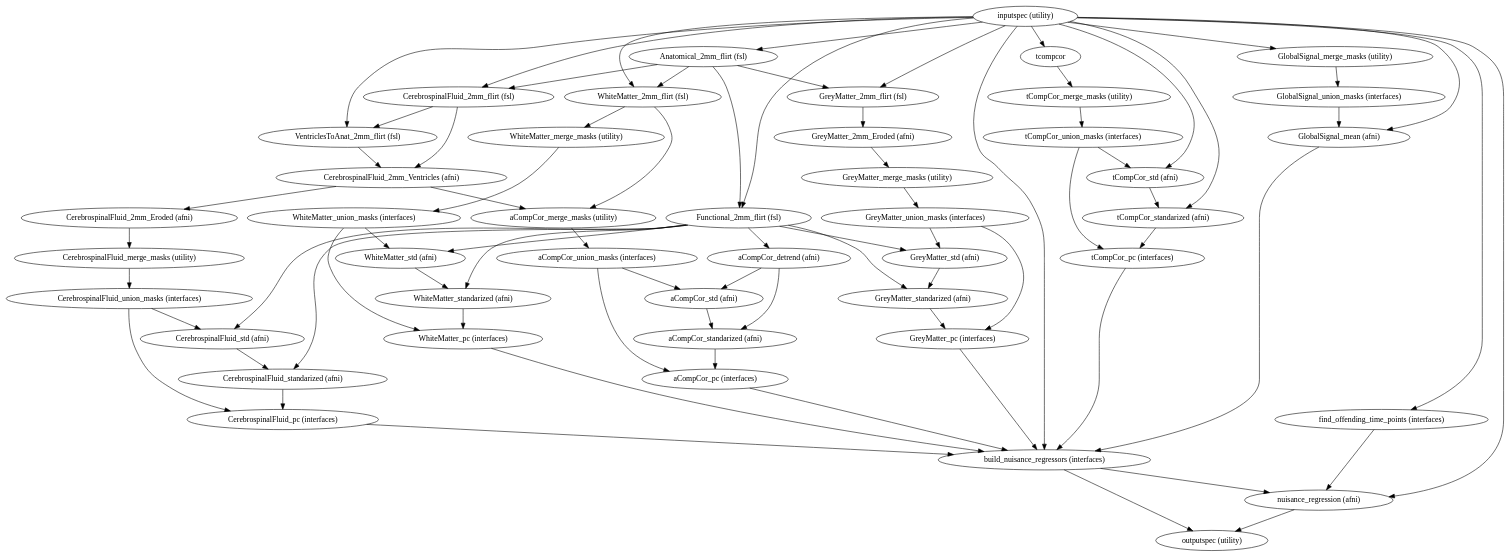
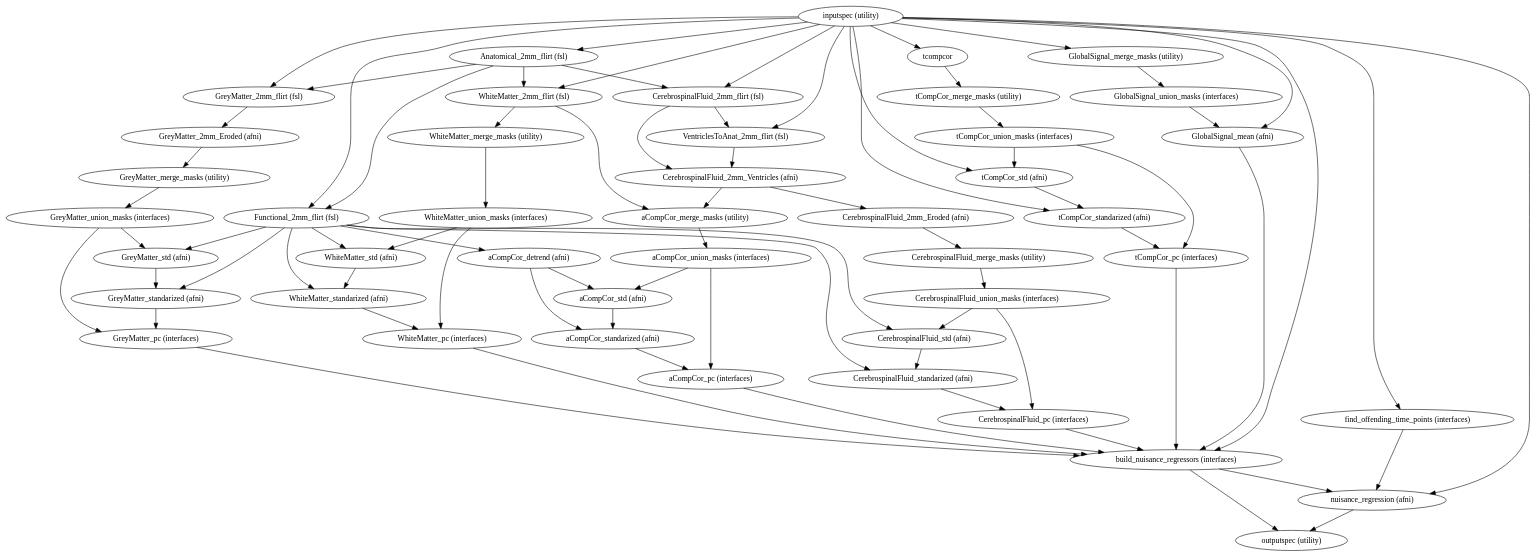
The diagram in docs/developer/workflows/images/generated/nuisance.dot (FCP-INDI/fcp-indi.github.io), drawn with Graphviz before and after one commit. The commit also changed other lines of this file and 47 other files, not shown here.

```diff
--- a/docs/developer/workflows/images/generated/nuisance.dot
+++ b/docs/developer/workflows/images/generated/nuisance.dot
@@ -1,121 +1,121 @@
 strict digraph "" {
 "GlobalSignal_union_masks (interfaces)";
 "tCompCor_merge_masks (utility)";
 "CerebrospinalFluid_pc (interfaces)";
 "CerebrospinalFluid_2mm_Eroded (afni)";
 "Anatomical_2mm_flirt (fsl)";
 "inputspec (utility)";
 "GreyMatter_standarized (afni)";
 "aCompCor_detrend (afni)";
 "aCompCor_union_masks (interfaces)";
 "tCompCor_std (afni)";
 "GreyMatter_pc (interfaces)";
-"GreyMatter_union_masks (interfaces)";
 "WhiteMatter_standarized (afni)";
+"find_offending_time_points (interfaces)";
 "CerebrospinalFluid_std (afni)";
 "WhiteMatter_pc (interfaces)";
 "CerebrospinalFluid_union_masks (interfaces)";
 "aCompCor_merge_masks (utility)";
 "GreyMatter_2mm_flirt (fsl)";
 "GlobalSignal_mean (afni)";
 tcompcor;
 "GreyMatter_2mm_Eroded (afni)";
 "CerebrospinalFluid_2mm_flirt (fsl)";
 "aCompCor_pc (interfaces)";
-"WhiteMatter_2mm_flirt (fsl)";
+"GreyMatter_union_masks (interfaces)";
 "tCompCor_standarized (afni)";
 "CerebrospinalFluid_merge_masks (utility)";
 "CerebrospinalFluid_standarized (afni)";
 "tCompCor_union_masks (interfaces)";
 "GreyMatter_std (afni)";
 "VentriclesToAnat_2mm_flirt (fsl)";
 "aCompCor_std (afni)";
 "WhiteMatter_merge_masks (utility)";
-"find_offending_time_points (interfaces)";
+"aCompCor_standarized (afni)";
 "GlobalSignal_merge_masks (utility)";
 "nuisance_regression (afni)";
 "GreyMatter_merge_masks (utility)";
 "CerebrospinalFluid_2mm_Ventricles (afni)";
 "build_nuisance_regressors (interfaces)";
 "outputspec (utility)";
 "WhiteMatter_union_masks (interfaces)";
 "WhiteMatter_std (afni)";
 "Functional_2mm_flirt (fsl)";
 "tCompCor_pc (interfaces)";
-"aCompCor_standarized (afni)";
+"WhiteMatter_2mm_flirt (fsl)";
 "GlobalSignal_union_masks (interfaces)" -> "GlobalSignal_mean (afni)";
 "tCompCor_merge_masks (utility)" -> "tCompCor_union_masks (interfaces)";
 "CerebrospinalFluid_pc (interfaces)" -> "build_nuisance_regressors (interfaces)";
 "CerebrospinalFluid_2mm_Eroded (afni)" -> "CerebrospinalFluid_merge_masks (utility)";
 "Anatomical_2mm_flirt (fsl)" -> "Functional_2mm_flirt (fsl)";
 "Anatomical_2mm_flirt (fsl)" -> "CerebrospinalFluid_2mm_flirt (fsl)";
 "Anatomical_2mm_flirt (fsl)" -> "GreyMatter_2mm_flirt (fsl)";
 "Anatomical_2mm_flirt (fsl)" -> "WhiteMatter_2mm_flirt (fsl)";
 "inputspec (utility)" -> "nuisance_regression (afni)";
 "inputspec (utility)" -> "GlobalSignal_merge_masks (utility)";
-"inputspec (utility)" -> "WhiteMatter_2mm_flirt (fsl)";
+"inputspec (utility)" -> "build_nuisance_regressors (interfaces)";
 "inputspec (utility)" -> "tCompCor_standarized (afni)";
 "inputspec (utility)" -> "VentriclesToAnat_2mm_flirt (fsl)";
 "inputspec (utility)" -> "Anatomical_2mm_flirt (fsl)";
 "inputspec (utility)" -> "Functional_2mm_flirt (fsl)";
 "inputspec (utility)" -> "GreyMatter_2mm_flirt (fsl)";
 "inputspec (utility)" -> "GlobalSignal_mean (afni)";
 "inputspec (utility)" -> tcompcor;
+"inputspec (utility)" -> "WhiteMatter_2mm_flirt (fsl)";
 "inputspec (utility)" -> "CerebrospinalFluid_2mm_flirt (fsl)";
-"inputspec (utility)" -> "build_nuisance_regressors (interfaces)";
 "inputspec (utility)" -> "find_offending_time_points (interfaces)";
 "inputspec (utility)" -> "tCompCor_std (afni)";
 "GreyMatter_standarized (afni)" -> "GreyMatter_pc (interfaces)";
 "aCompCor_detrend (afni)" -> "aCompCor_std (afni)";
 "aCompCor_detrend (afni)" -> "aCompCor_standarized (afni)";
 "aCompCor_union_masks (interfaces)" -> "aCompCor_std (afni)";
 "aCompCor_union_masks (interfaces)" -> "aCompCor_pc (interfaces)";
 "tCompCor_std (afni)" -> "tCompCor_standarized (afni)";
 "GreyMatter_pc (interfaces)" -> "build_nuisance_regressors (interfaces)";
-"GreyMatter_union_masks (interfaces)" -> "GreyMatter_pc (interfaces)";
-"GreyMatter_union_masks (interfaces)" -> "GreyMatter_std (afni)";
 "WhiteMatter_standarized (afni)" -> "WhiteMatter_pc (interfaces)";
+"find_offending_time_points (interfaces)" -> "nuisance_regression (afni)";
 "CerebrospinalFluid_std (afni)" -> "CerebrospinalFluid_standarized (afni)";
 "WhiteMatter_pc (interfaces)" -> "build_nuisance_regressors (interfaces)";
 "CerebrospinalFluid_union_masks (interfaces)" -> "CerebrospinalFluid_pc (interfaces)";
 "CerebrospinalFluid_union_masks (interfaces)" -> "CerebrospinalFluid_std (afni)";
 "aCompCor_merge_masks (utility)" -> "aCompCor_union_masks (interfaces)";
 "GreyMatter_2mm_flirt (fsl)" -> "GreyMatter_2mm_Eroded (afni)";
 "GlobalSignal_mean (afni)" -> "build_nuisance_regressors (interfaces)";
 tcompcor -> "tCompCor_merge_masks (utility)";
 "GreyMatter_2mm_Eroded (afni)" -> "GreyMatter_merge_masks (utility)";
 "CerebrospinalFluid_2mm_flirt (fsl)" -> "CerebrospinalFluid_2mm_Ventricles (afni)";
 "CerebrospinalFluid_2mm_flirt (fsl)" -> "VentriclesToAnat_2mm_flirt (fsl)";
 "aCompCor_pc (interfaces)" -> "build_nuisance_regressors (interfaces)";
-"WhiteMatter_2mm_flirt (fsl)" -> "WhiteMatter_merge_masks (utility)";
-"WhiteMatter_2mm_flirt (fsl)" -> "aCompCor_merge_masks (utility)";
+"GreyMatter_union_masks (interfaces)" -> "GreyMatter_pc (interfaces)";
+"GreyMatter_union_masks (interfaces)" -> "GreyMatter_std (afni)";
 "tCompCor_standarized (afni)" -> "tCompCor_pc (interfaces)";
 "CerebrospinalFluid_merge_masks (utility)" -> "CerebrospinalFluid_union_masks (interfaces)";
 "CerebrospinalFluid_standarized (afni)" -> "CerebrospinalFluid_pc (interfaces)";
 "tCompCor_union_masks (interfaces)" -> "tCompCor_pc (interfaces)";
 "tCompCor_union_masks (interfaces)" -> "tCompCor_std (afni)";
 "GreyMatter_std (afni)" -> "GreyMatter_standarized (afni)";
 "VentriclesToAnat_2mm_flirt (fsl)" -> "CerebrospinalFluid_2mm_Ventricles (afni)";
 "aCompCor_std (afni)" -> "aCompCor_standarized (afni)";
 "WhiteMatter_merge_masks (utility)" -> "WhiteMatter_union_masks (interfaces)";
-"find_offending_time_points (interfaces)" -> "nuisance_regression (afni)";
+"aCompCor_standarized (afni)" -> "aCompCor_pc (interfaces)";
 "GlobalSignal_merge_masks (utility)" -> "GlobalSignal_union_masks (interfaces)";
 "nuisance_regression (afni)" -> "outputspec (utility)";
 "GreyMatter_merge_masks (utility)" -> "GreyMatter_union_masks (interfaces)";
 "CerebrospinalFluid_2mm_Ventricles (afni)" -> "aCompCor_merge_masks (utility)";
 "CerebrospinalFluid_2mm_Ventricles (afni)" -> "CerebrospinalFluid_2mm_Eroded (afni)";
 "build_nuisance_regressors (interfaces)" -> "nuisance_regression (afni)";
 "build_nuisance_regressors (interfaces)" -> "outputspec (utility)";
 "WhiteMatter_union_masks (interfaces)" -> "WhiteMatter_pc (interfaces)";
 "WhiteMatter_union_masks (interfaces)" -> "WhiteMatter_std (afni)";
 "WhiteMatter_std (afni)" -> "WhiteMatter_standarized (afni)";
 "Functional_2mm_flirt (fsl)" -> "GreyMatter_std (afni)";
 "Functional_2mm_flirt (fsl)" -> "WhiteMatter_standarized (afni)";
 "Functional_2mm_flirt (fsl)" -> "CerebrospinalFluid_std (afni)";
-"Functional_2mm_flirt (fsl)" -> "WhiteMatter_std (afni)";
 "Functional_2mm_flirt (fsl)" -> "CerebrospinalFluid_standarized (afni)";
 "Functional_2mm_flirt (fsl)" -> "GreyMatter_standarized (afni)";
+"Functional_2mm_flirt (fsl)" -> "WhiteMatter_std (afni)";
 "Functional_2mm_flirt (fsl)" -> "aCompCor_detrend (afni)";
 "tCompCor_pc (interfaces)" -> "build_nuisance_regressors (interfaces)";
-"aCompCor_standarized (afni)" -> "aCompCor_pc (interfaces)";
+"WhiteMatter_2mm_flirt (fsl)" -> "WhiteMatter_merge_masks (utility)";
+"WhiteMatter_2mm_flirt (fsl)" -> "aCompCor_merge_masks (utility)";
 }
```
